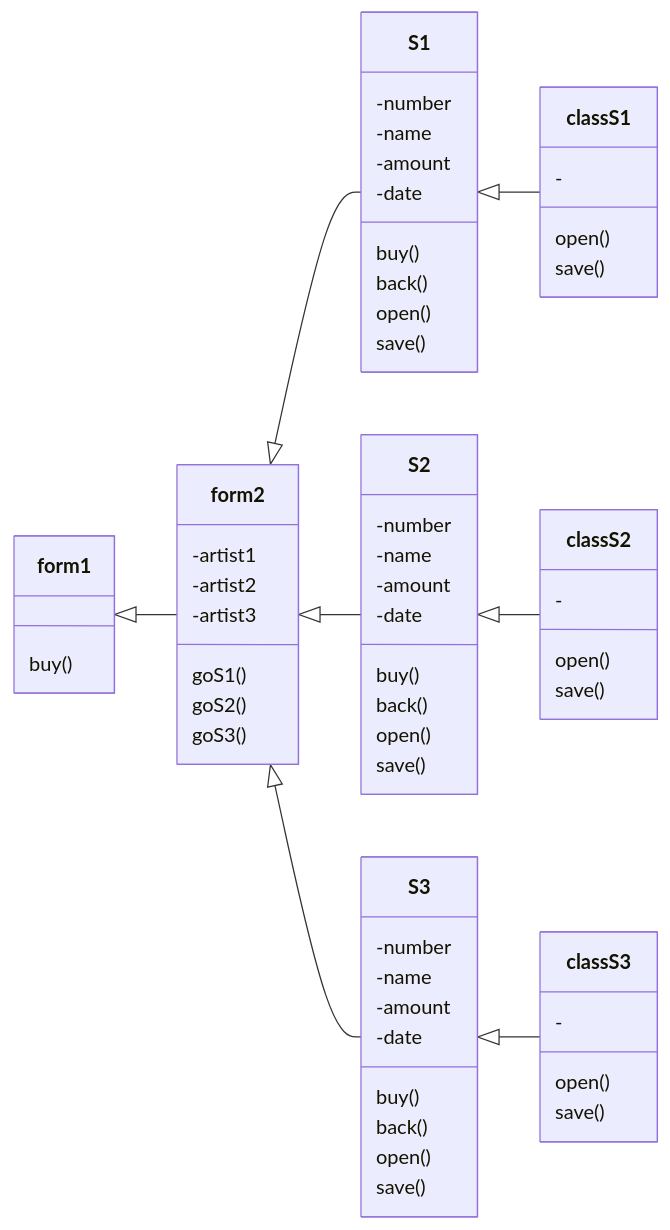
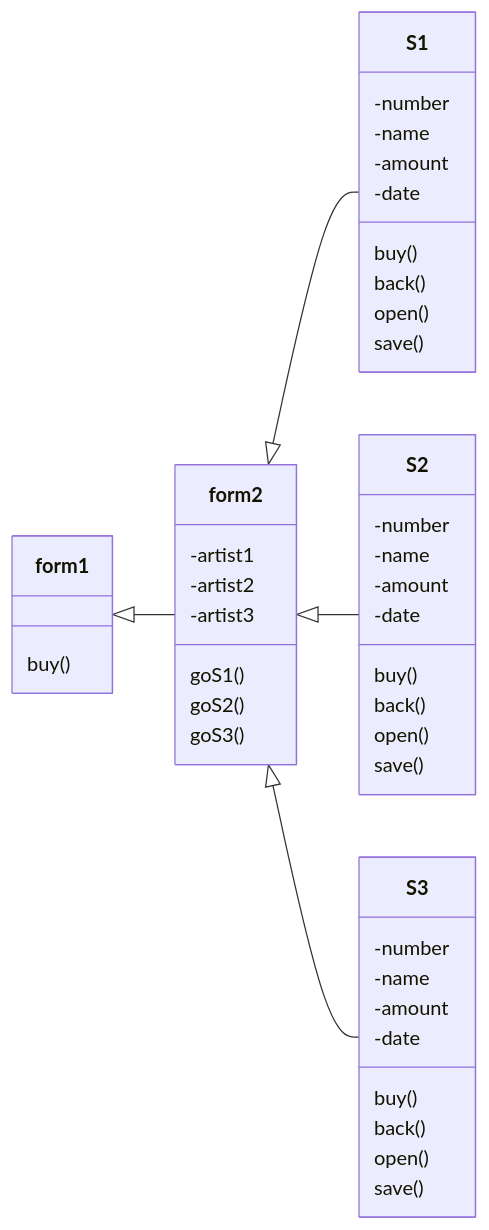
One commit to Jatsada16/buynew changed the diagram in README.md. Above: the diagram before and after it, drawn with Mermaid.

````diff
--- a/README.md
+++ b/README.md
@@ -11,69 +11,50 @@
 ```mermaid
 classDiagram
 direction RL
   class form1{
   buy()
   }
   class form2{
   -artist1
   -artist2
   -artist3
   goS1()
   goS2()
   goS3()
   }
   class S1{
   -number
   -name
   -amount
   -date
   buy()
   back()
   open()
   save()
   }
   class S2{
   -number
   -name
   -amount
   -date
   buy()
   back()
   open()
   save()
   }
    class S3{
   -number
   -name
   -amount
   -date
   buy()
   back()
   open()
   save()
   }
-  class classS1{
-  -
-  open()
-  save()
-  }
-  class classS2{
-  -
-  open()
-  save()
-  }
-  class classS3{
-  -
-  open()
-  save()
-  }
   S1 --|> form2
   S2 --|> form2
   S3 --|> form2
   
-  classS1 --|> S1
-  classS2 --|> S2
-  classS3 --|> S3
-  
   form2 --|> form1
   ```
````
